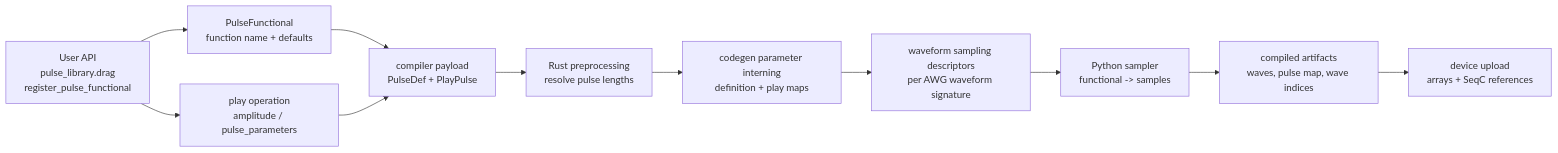
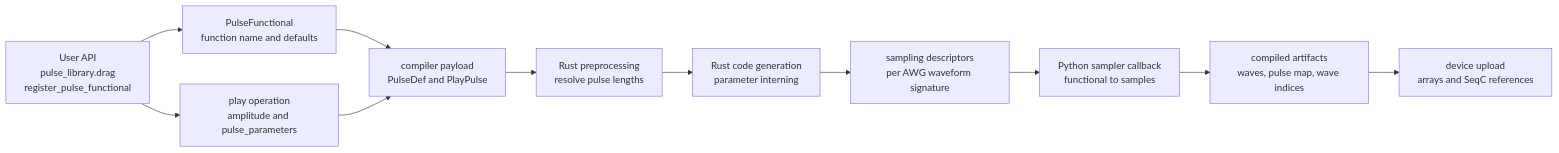
One commit to brianzi/laboneq-devguide changed the first of 5 diagrams in docs/07b-pulse-functionals-and-sweeps.md. Above: the diagram before and after it, drawn with Mermaid. The commit also changed other lines of this file, not shown here.

Commit message:
Clarify pulse sampling compiler boundary

````diff
--- a/docs/07b-pulse-functionals-and-sweeps.md
+++ b/docs/07b-pulse-functionals-and-sweeps.md
@@ -7,13 +7,13 @@
 ```mermaid
 graph LR
-    API[User API\npulse_library.drag\nregister_pulse_functional] --> PulseObj[PulseFunctional\nfunction name + defaults]
-    API --> Play[play operation\namplitude / pulse_parameters]
-    PulseObj --> Payload[compiler payload\nPulseDef + PlayPulse]
+    API["User API<br/>pulse_library.drag<br/>register_pulse_functional"] --> PulseObj["PulseFunctional<br/>function name and defaults"]
+    API --> Play["play operation<br/>amplitude and pulse_parameters"]
+    PulseObj --> Payload["compiler payload<br/>PulseDef and PlayPulse"]
     Play --> Payload
-    Payload --> RustPre[Rust preprocessing\nresolve pulse lengths]
-    RustPre --> Intern[codegen parameter interning\ndefinition + play maps]
-    Intern --> Desc[waveform sampling descriptors\nper AWG waveform signature]
-    Desc --> Sampler[Python sampler\nfunctional -> samples]
-    Sampler --> Artifacts[compiled artifacts\nwaves, pulse map, wave indices]
-    Artifacts --> Instrument[device upload\narrays + SeqC references]
+    Payload --> RustPre["Rust preprocessing<br/>resolve pulse lengths"]
+    RustPre --> Intern["Rust code generation<br/>parameter interning"]
+    Intern --> Desc["sampling descriptors<br/>per AWG waveform signature"]
+    Desc --> Sampler["Python sampler callback<br/>functional to samples"]
+    Sampler --> Artifacts["compiled artifacts<br/>waves, pulse map, wave indices"]
+    Artifacts --> Instrument["device upload<br/>arrays and SeqC references"]
 ```
````
